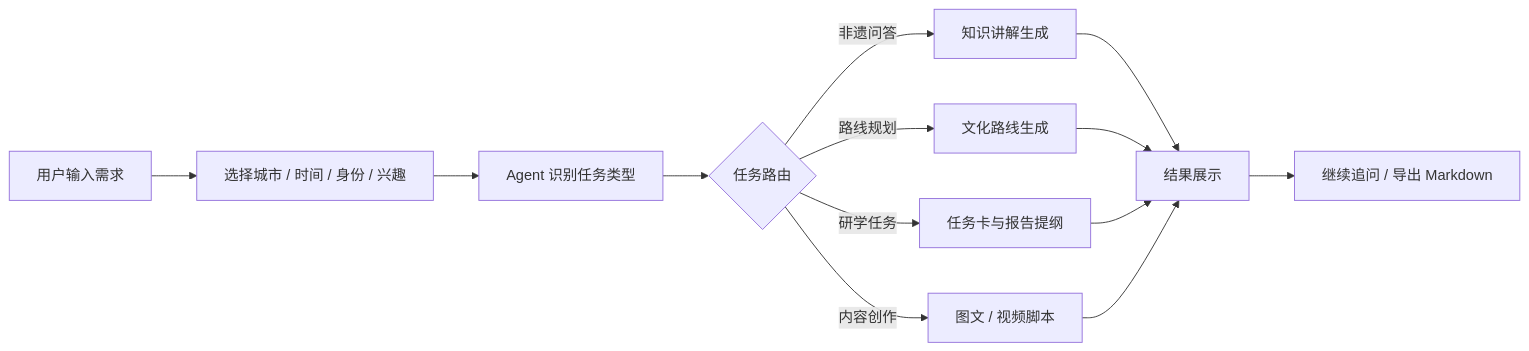
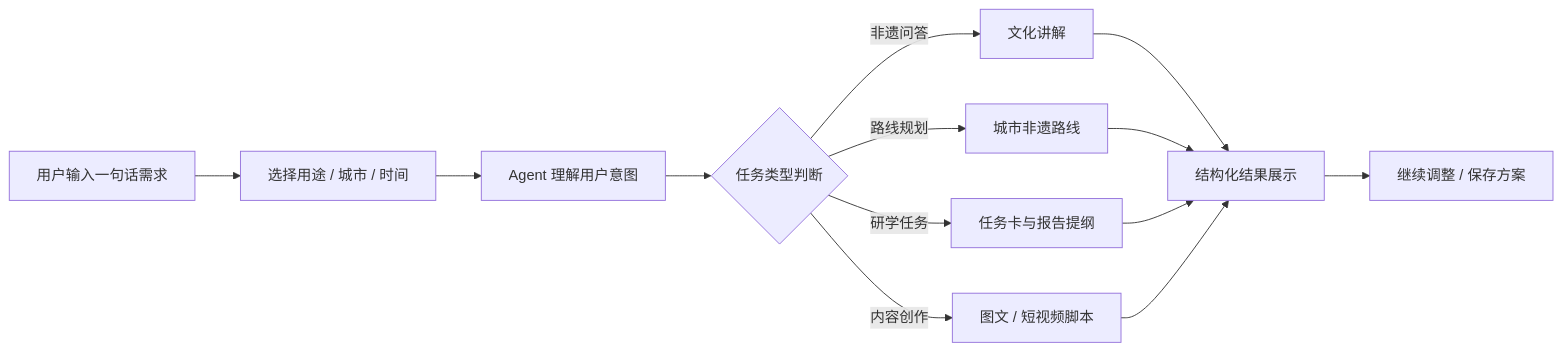
One commit to liqinglq666/Yuejian-Feiyi-Agent changed the first of 6 diagrams in README.md. Above: the diagram before and after it, drawn with Mermaid. The commit also changed other lines of this file and 2 other files, not shown here.

````diff
--- a/README.md
+++ b/README.md
@@ -93,15 +158,15 @@
 ```mermaid
 flowchart LR
-    A[用户输入需求] --> B[选择城市 / 时间 / 身份 / 兴趣]
-    B --> C[Agent 识别任务类型]
-    C --> D{任务路由}
-    D -->|非遗问答| E[知识讲解生成]
-    D -->|路线规划| F[文化路线生成]
+    A[用户输入一句话需求] --> B[选择用途 / 城市 / 时间]
+    B --> C[Agent 理解用户意图]
+    C --> D{任务类型判断}
+    D -->|非遗问答| E[文化讲解]
+    D -->|路线规划| F[城市非遗路线]
     D -->|研学任务| G[任务卡与报告提纲]
-    D -->|内容创作| H[图文 / 视频脚本]
-    E --> I[结果展示]
+    D -->|内容创作| H[图文 / 短视频脚本]
+    E --> I[结构化结果展示]
     F --> I
     G --> I
     H --> I
-    I --> J[继续追问 / 导出 Markdown]
+    I --> J[继续调整 / 保存方案]
 ```
````
